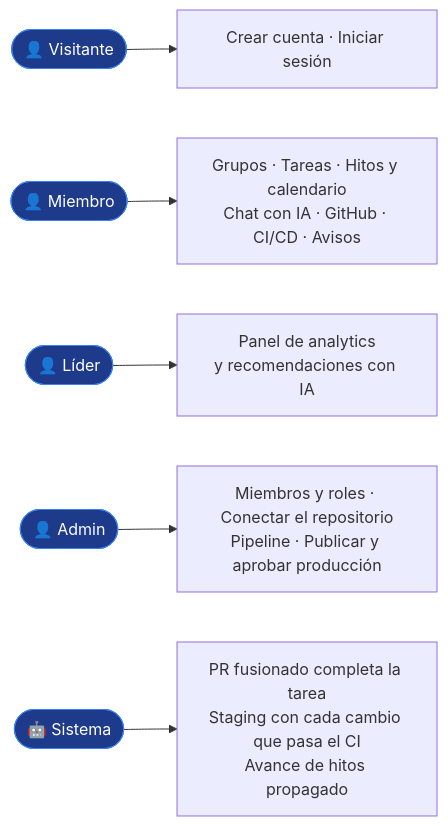
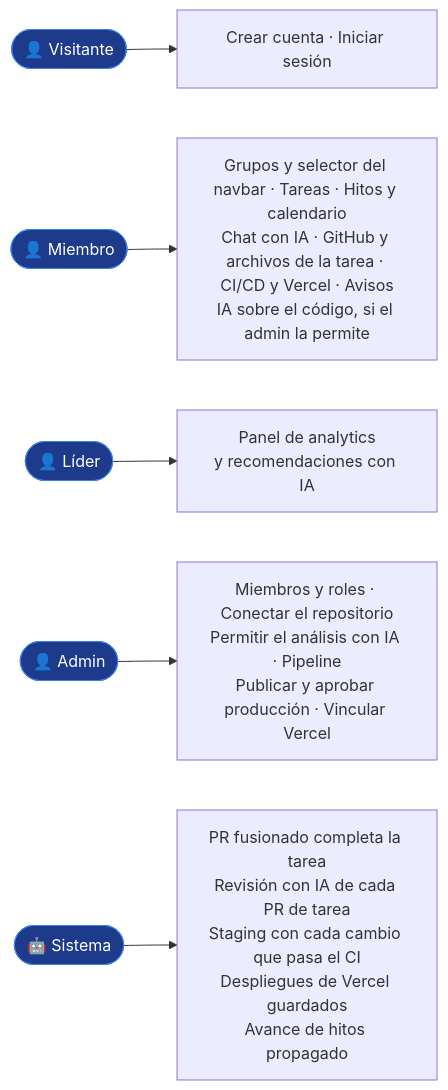
Before and after one commit to PabloP150/proyecto-is-cc6: the diagram in documentacion/01-proyecto/funcionalidades.md, drawn with Mermaid. The commit also changed other lines of this file and 204 other files, not shown here.

First line of the commit message:
docs: update all documentation, diagrams and PNGs to the test/e2e state

````diff
--- a/documentacion/01-proyecto/funcionalidades.md
+++ b/documentacion/01-proyecto/funcionalidades.md
@@ -5,11 +5,11 @@
 ```mermaid
 flowchart LR
     V(["👤 Visitante"]) --> v1["Crear cuenta · Iniciar sesión"]
-    M(["👤 Miembro"]) --> m1["Grupos · Tareas · Hitos y calendario<br/>Chat con IA · GitHub · CI/CD · Avisos"]
+    M(["👤 Miembro"]) --> m1["Grupos y selector del navbar · Tareas · Hitos y calendario<br/>Chat con IA · GitHub y archivos de la tarea · CI/CD y Vercel · Avisos<br/>IA sobre el código, si el admin la permite"]
     L(["👤 Líder"]) --> l1["Panel de analytics<br/>y recomendaciones con IA"]
-    A(["👤 Admin"]) --> a1["Miembros y roles · Conectar el repositorio<br/>Pipeline · Publicar y aprobar producción"]
-    S(["🤖 Sistema"]) --> s1["PR fusionado completa la tarea<br/>Staging con cada cambio que pasa el CI<br/>Avance de hitos propagado"]
+    A(["👤 Admin"]) --> a1["Miembros y roles · Conectar el repositorio<br/>Permitir el análisis con IA · Pipeline<br/>Publicar y aprobar producción · Vincular Vercel"]
+    S(["🤖 Sistema"]) --> s1["PR fusionado completa la tarea<br/>Revisión con IA de cada PR de tarea<br/>Staging con cada cambio que pasa el CI<br/>Despliegues de Vercel guardados<br/>Avance de hitos propagado"]
 
     classDef rol fill:#1e3a8a,stroke:#3b82f6,color:#ffffff
     class V,M,L,A,S rol
 ```
````
